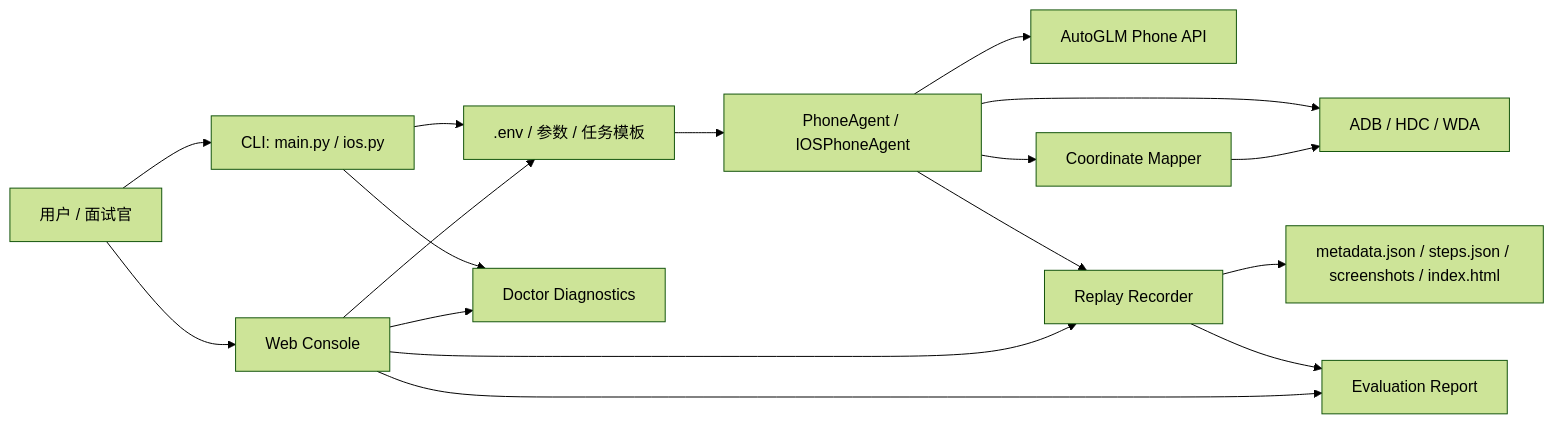
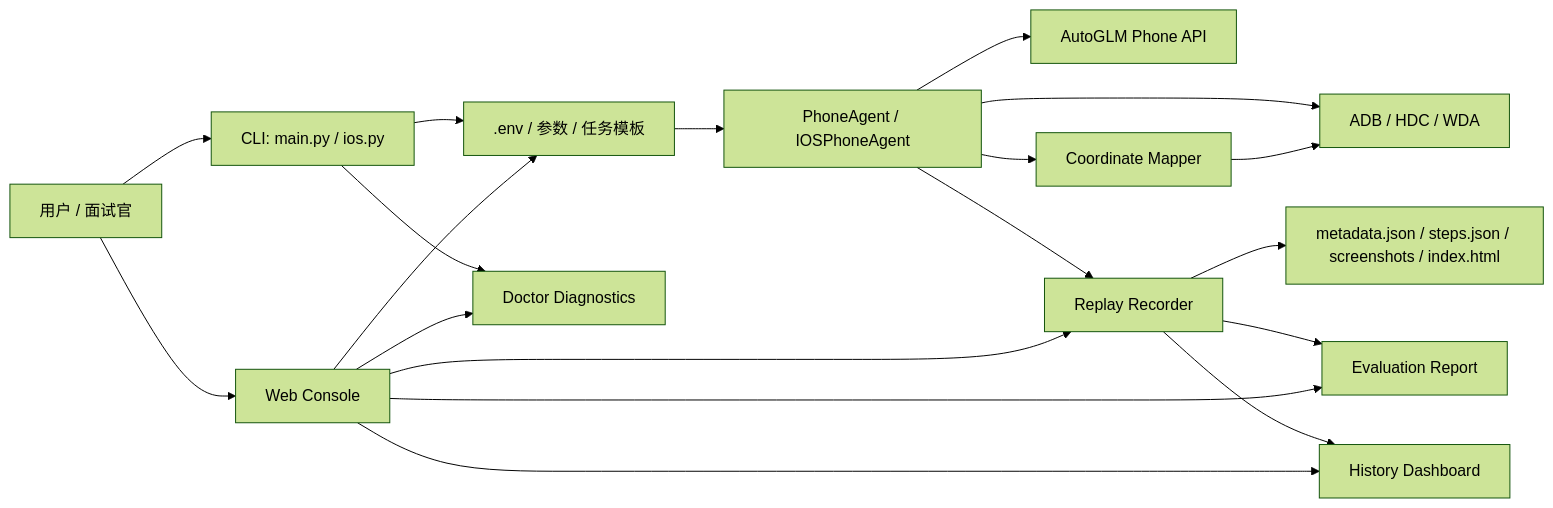
The diagram in docs/betterglm_portfolio.md (hyqhyqhyq123/BetterGLM), drawn with Mermaid (forest theme) before and after one commit. The commit also changed other lines of this file and 3 other files, not shown here.

Commit message:
Add replay history dashboard

````diff
--- a/docs/betterglm_portfolio.md
+++ b/docs/betterglm_portfolio.md
@@ -25,19 +26,21 @@
 ```mermaid
 flowchart LR
     User["用户 / 面试官"] --> CLI["CLI: main.py / ios.py"]
     User --> Web["Web Console"]
     CLI --> Config[".env / 参数 / 任务模板"]
     Web --> Config
     Config --> Agent["PhoneAgent / IOSPhoneAgent"]
     Agent --> Model["AutoGLM Phone API"]
     Agent --> Device["ADB / HDC / WDA"]
     Agent --> Mapper["Coordinate Mapper"]
     Mapper --> Device
     Agent --> Replay["Replay Recorder"]
     Replay --> Artifacts["metadata.json / steps.json / screenshots / index.html"]
     Replay --> Eval["Evaluation Report"]
+    Replay --> History["History Dashboard"]
     Web --> Replay
     Web --> Eval
+    Web --> History
     CLI --> Doctor["Doctor Diagnostics"]
     Web --> Doctor
 ```
````
